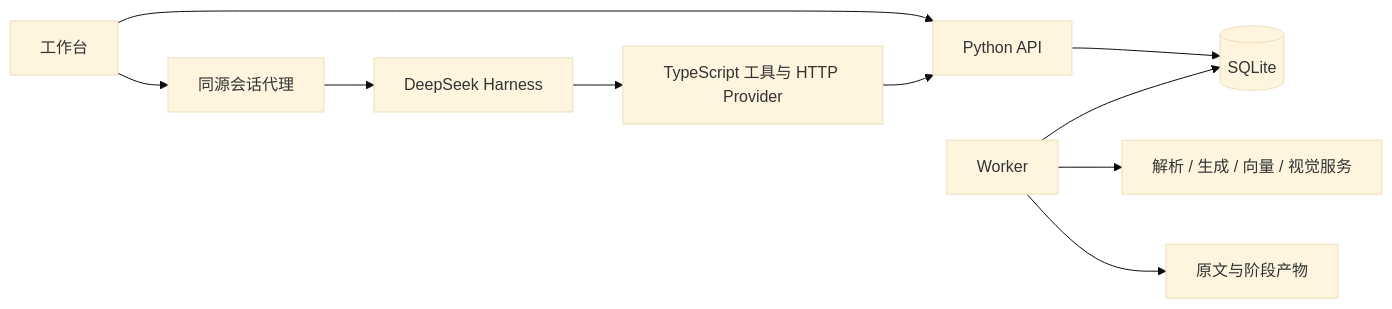
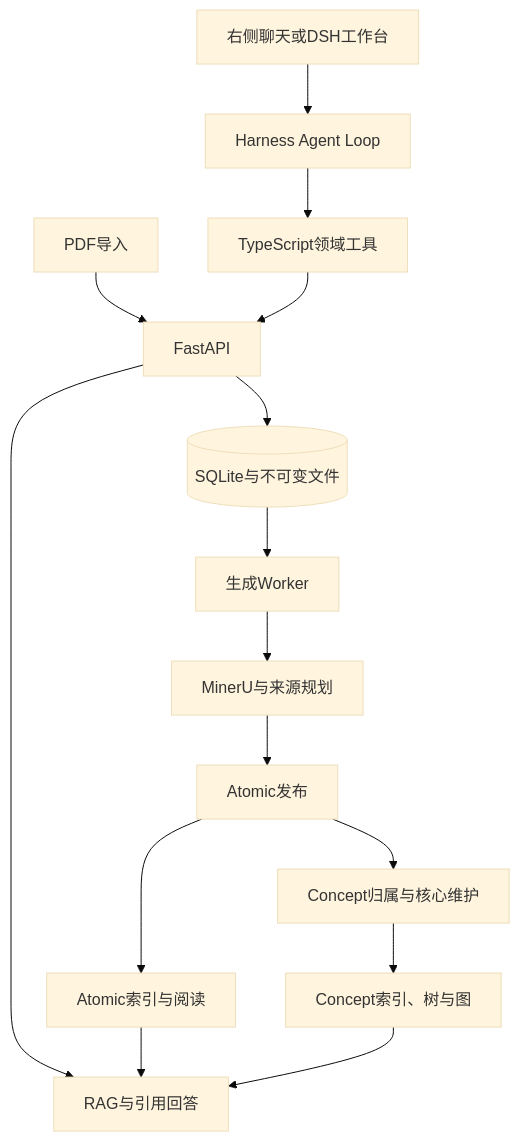
Before and after one commit to JaegerZhao/Noodle_Agent: the diagram in docs/ARCHITECTURE.md, drawn with Mermaid (base theme). The commit also changed other lines of this file and 604 other files, not shown here.

````diff
--- a/docs/ARCHITECTURE.md
+++ b/docs/ARCHITECTURE.md
@@ -17,12 +17,17 @@
 ```mermaid
-flowchart LR
-    UI[工作台] --> API[Python API]
-    UI --> Proxy[同源会话代理]
-    Proxy --> H[DeepSeek Harness]
-    H --> Tools[TypeScript 工具与 HTTP Provider]
+flowchart TD
+    PDF[PDF导入] --> API[FastAPI]
+    API --> DB[(SQLite与不可变文件)]
+    DB --> Worker[生成Worker]
+    Worker --> Parse[MinerU与来源规划]
+    Parse --> Atomic[Atomic发布]
+    Atomic --> Index[Atomic索引与阅读]
+    Atomic --> Concept[Concept归属与核心维护]
+    Concept --> Graph[Concept索引、树与图]
+    User[右侧聊天或DSH工作台] --> DSH[Harness Agent Loop]
+    DSH --> Tools[TypeScript领域工具]
     Tools --> API
-    API --> DB[(SQLite)]
-    W[Worker] --> DB
-    W --> Providers[解析 / 生成 / 向量 / 视觉服务]
-    W --> Files[原文与阶段产物]
+    API --> RAG[RAG与引用回答]
+    Index --> RAG
+    Graph --> RAG
 ```
````
